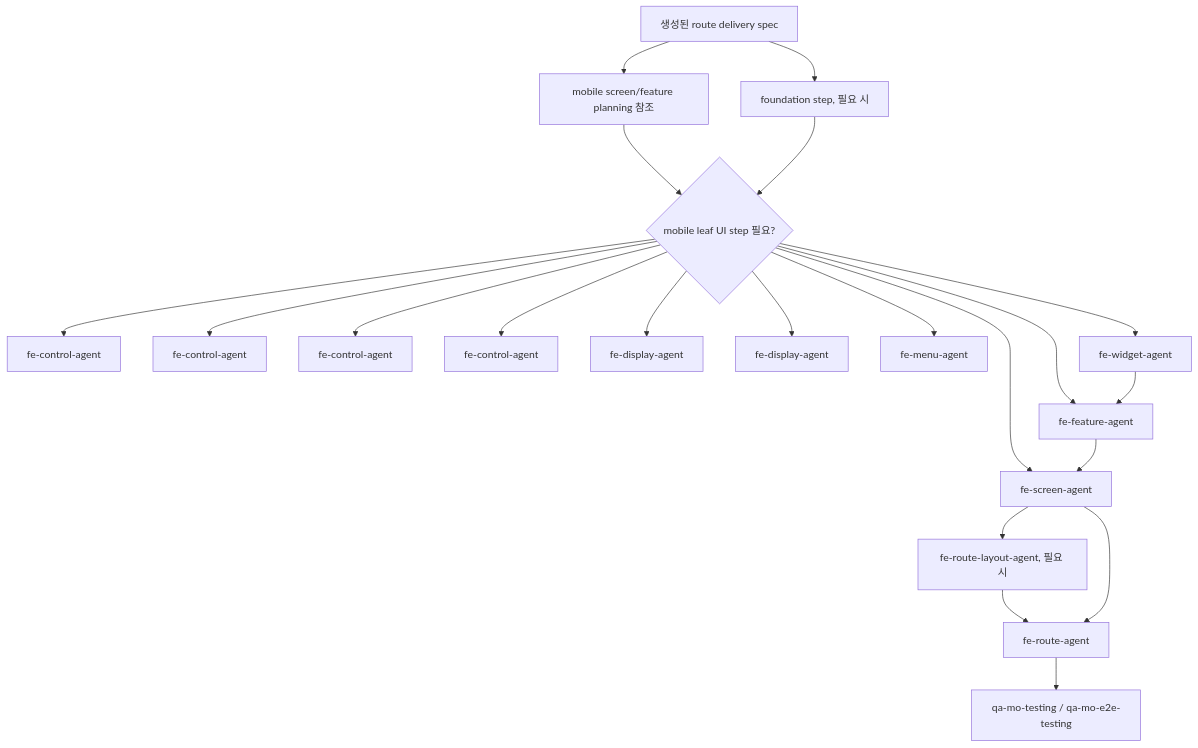
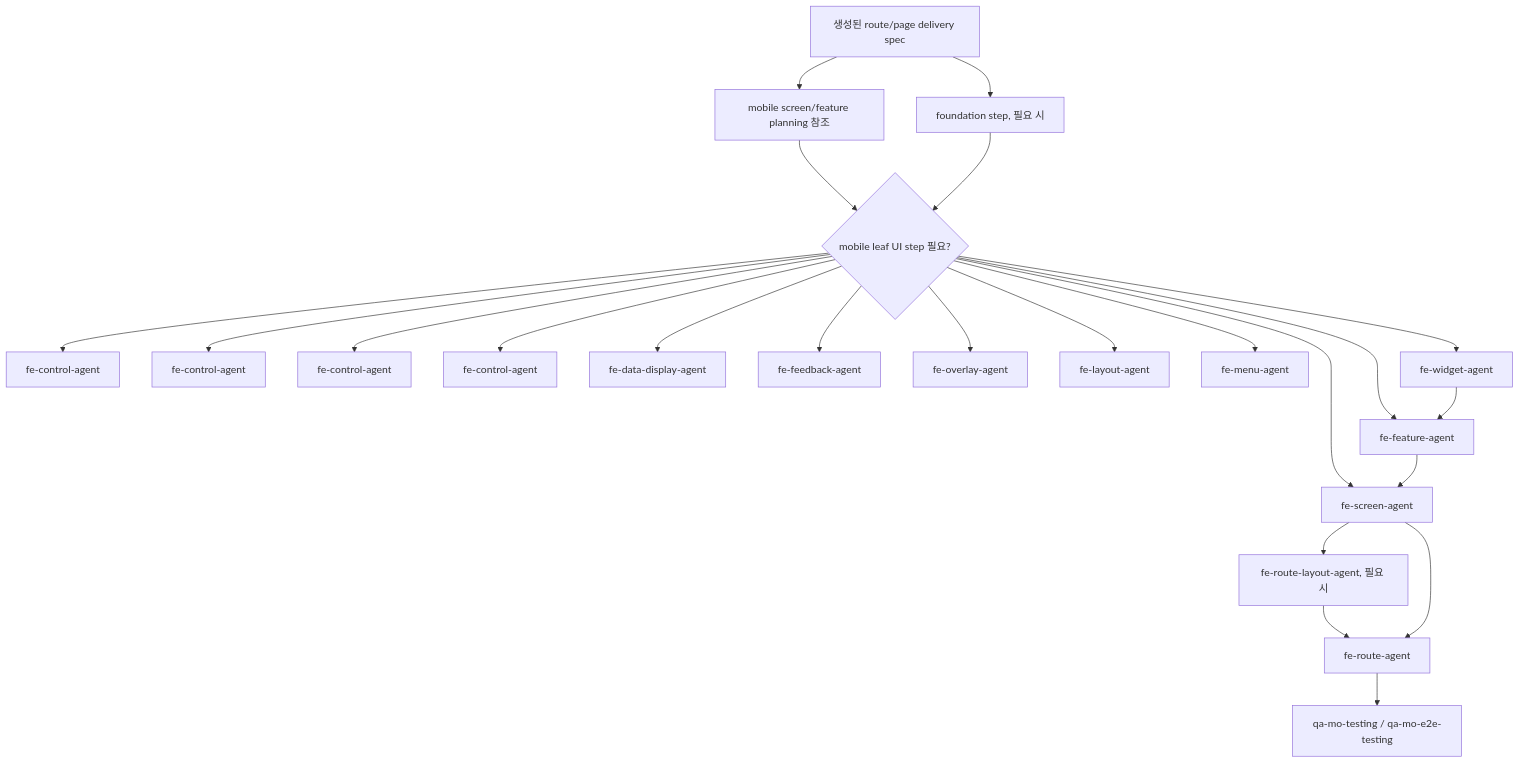
One commit to kimjoongwon/prj-core changed the sixth of 6 diagrams in docs/orchestration-agent-relationship-flow.md. Above: the diagram before and after it, drawn with Mermaid. The commit also changed other lines of this file and 1483 other files, not shown here.

````diff
--- a/docs/orchestration-agent-relationship-flow.md
+++ b/docs/orchestration-agent-relationship-flow.md
@@ -236,23 +277,25 @@
 ```mermaid
 flowchart TD
-  Spec["생성된 route delivery spec"] --> Planning["mobile screen/feature planning 참조"]
+  Spec["생성된 route/page delivery spec"] --> Planning["mobile screen/feature planning 참조"]
   Planning --> Leaf{"mobile leaf UI step 필요?"}
   Spec --> Foundation["foundation step, 필요 시"]
   Foundation --> Leaf
   Leaf --> Action["fe-control-agent"]
   Leaf --> Input["fe-control-agent"]
   Leaf --> Selection["fe-control-agent"]
   Leaf --> Navigation["fe-control-agent"]
-  Leaf --> DataDisplay["fe-display-agent"]
-  Leaf --> Feedback["fe-display-agent"]
+  Leaf --> DataDisplay["fe-data-display-agent"]
+  Leaf --> Feedback["fe-feedback-agent"]
+  Leaf --> Overlay["fe-overlay-agent"]
+  Leaf --> LayoutPrimitive["fe-layout-agent"]
   Leaf --> Menu["fe-menu-agent"]
   Leaf --> Widget["fe-widget-agent"]
   Leaf --> Feature["fe-feature-agent"]
   Leaf --> Screen["fe-screen-agent"]
   Widget --> Feature
   Feature --> Screen
   Screen --> Layout["fe-route-layout-agent, 필요 시"]
   Layout --> Route["fe-route-agent"]
   Screen --> Route
   Route --> QA["qa-mo-testing / qa-mo-e2e-testing"]
 ```
````
